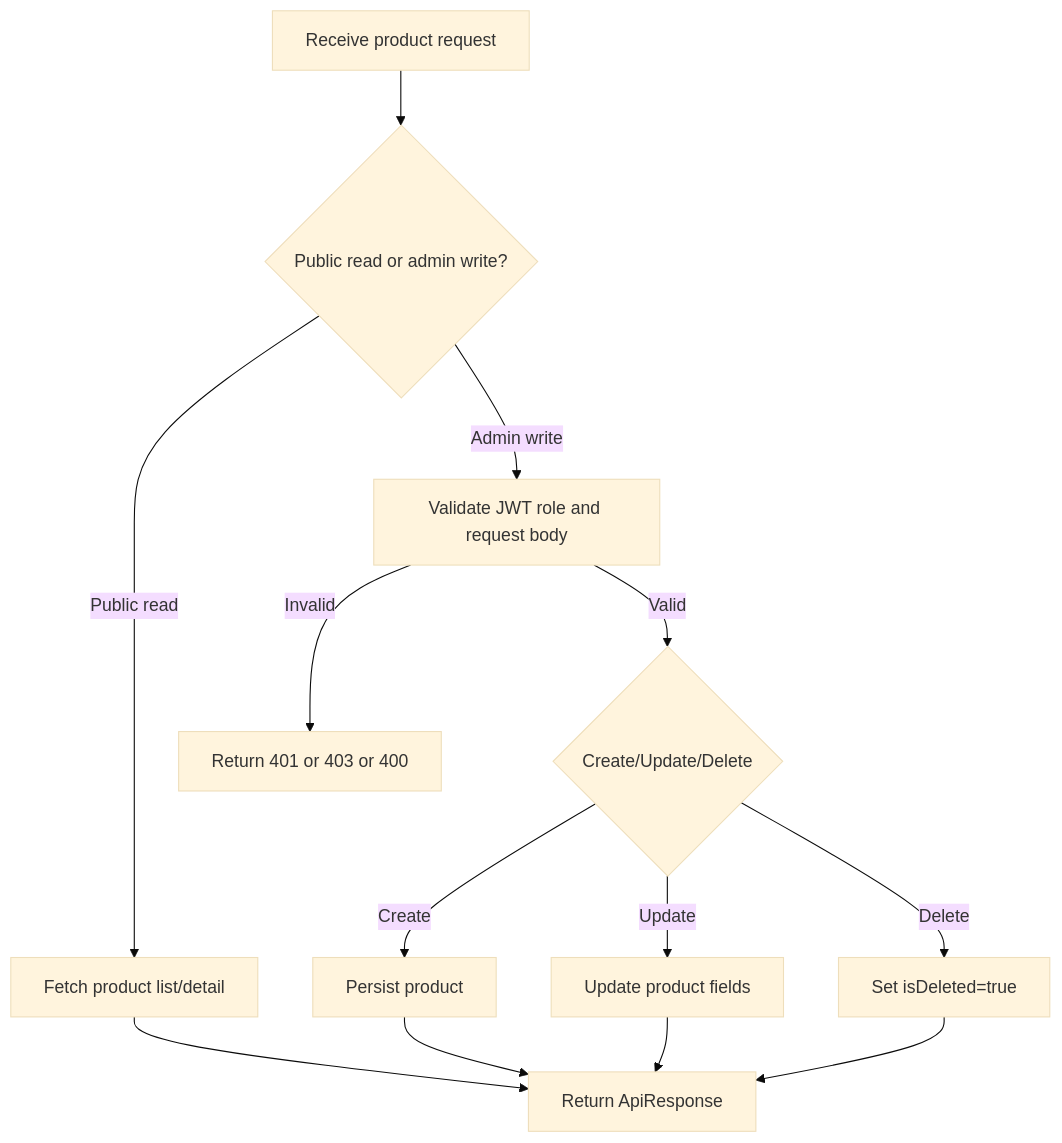
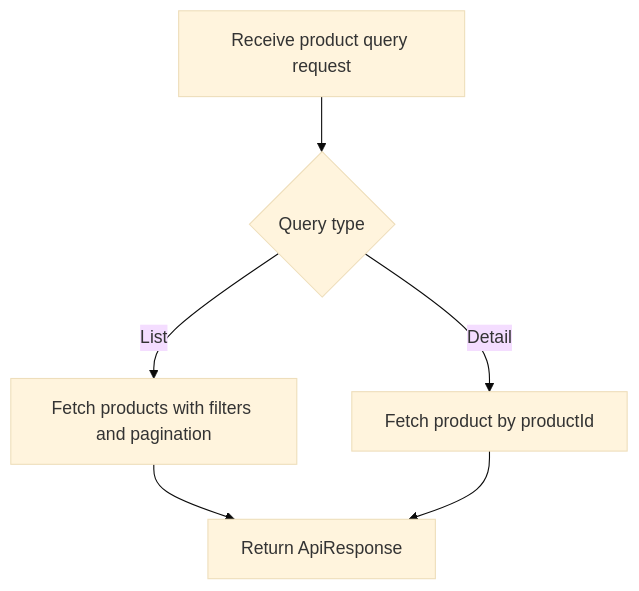
The fourth of 7 diagrams in analysis-and-design-ddd.md (baosatboiz/asd), drawn with Mermaid (base theme) before and after one commit. The commit also changed other lines of this file, not shown here.

````diff
--- a/analysis-and-design-ddd.md
+++ b/analysis-and-design-ddd.md
@@ -323,15 +308,8 @@
 ```mermaid
 flowchart TD
-    A[Receive product request] --> B{Public read or admin write?}
-    B -->|Public read| C[Fetch product list/detail]
-    B -->|Admin write| D[Validate JWT role and request body]
-    D -->|Invalid| E[Return 401 or 403 or 400]
-    D -->|Valid| F{Create/Update/Delete}
-    F -->|Create| G[Persist product]
-    F -->|Update| H[Update product fields]
-    F -->|Delete| I[Set isDeleted=true]
-    C --> J[Return ApiResponse]
-    G --> J
-    H --> J
-    I --> J
+    A[Receive product query request] --> B{Query type}
+    B -->|List| C[Fetch products with filters and pagination]
+    B -->|Detail| D[Fetch product by productId]
+    C --> E[Return ApiResponse]
+    D --> E
 ```
````
